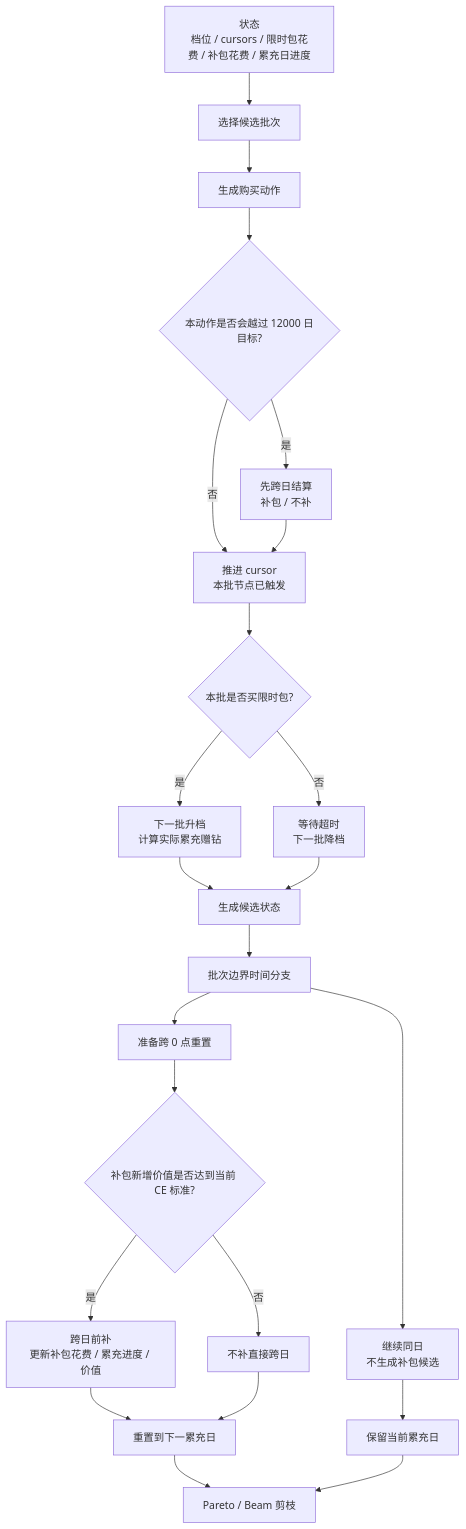
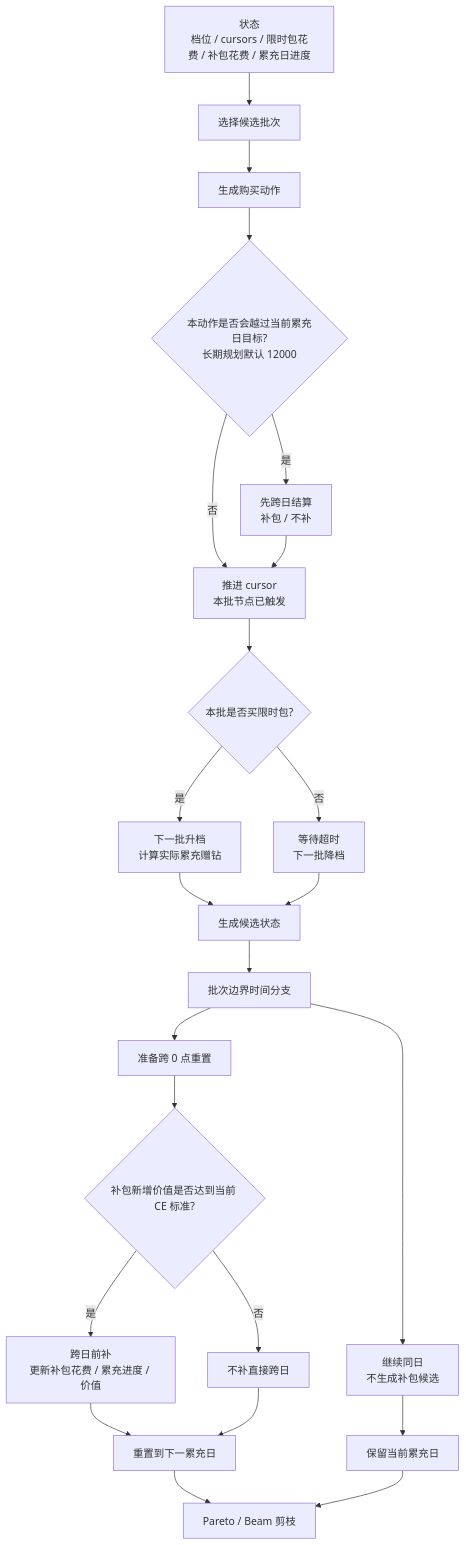
One commit to hitazuki/mementomori-calculator changed the third of 4 diagrams in doc/items/UltraSalePack/path-planning-visual.md. Above: the diagram before and after it, drawn with Mermaid. The commit also changed other lines of this file and 4 other files, not shown here.

````diff
--- a/doc/items/UltraSalePack/path-planning-visual.md
+++ b/doc/items/UltraSalePack/path-planning-visual.md
@@ -44,25 +44,25 @@
 ```mermaid
 flowchart TD
   A["状态<br/>档位 / cursors / 限时包花费 / 补包花费 / 累充日进度"] --> B["选择候选批次"]
   B --> C["生成购买动作"]
-  C --> D{"本动作是否会越过 12000 日目标?"}
+  C --> D{"本动作是否会越过当前累充日目标?<br/>长期规划默认 12000"}
   D -- "是" --> D1["先跨日结算<br/>补包 / 不补"]
   D -- "否" --> F["推进 cursor<br/>本批节点已触发"]
   D1 --> F
   F --> G{"本批是否买限时包?"}
   G -- "是" --> H["下一批升档<br/>计算实际累充赠钻"]
   G -- "否" --> I["等待超时<br/>下一批降档"]
   H --> K["生成候选状态"]
   I --> K
   K --> L["批次边界时间分支"]
   L --> L1["继续同日<br/>不生成补包候选"]
   L --> L2["准备跨 0 点重置"]
   L2 --> J{"补包新增价值是否达到当前 CE 标准?"}
   J -- "是" --> J1["跨日前补<br/>更新补包花费 / 累充进度 / 价值"]
   J -- "否" --> J2["不补直接跨日"]
   J1 --> M["重置到下一累充日"]
   J2 --> M
   L1 --> M2["保留当前累充日"]
   M --> N["Pareto / Beam 剪枝"]
   M2 --> N
 ```
````
